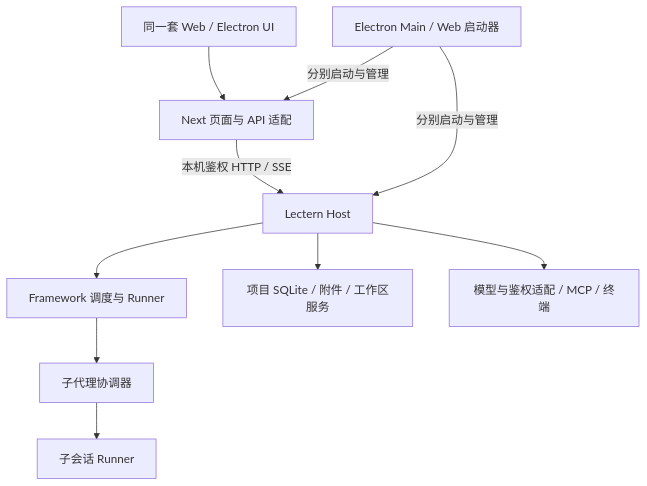
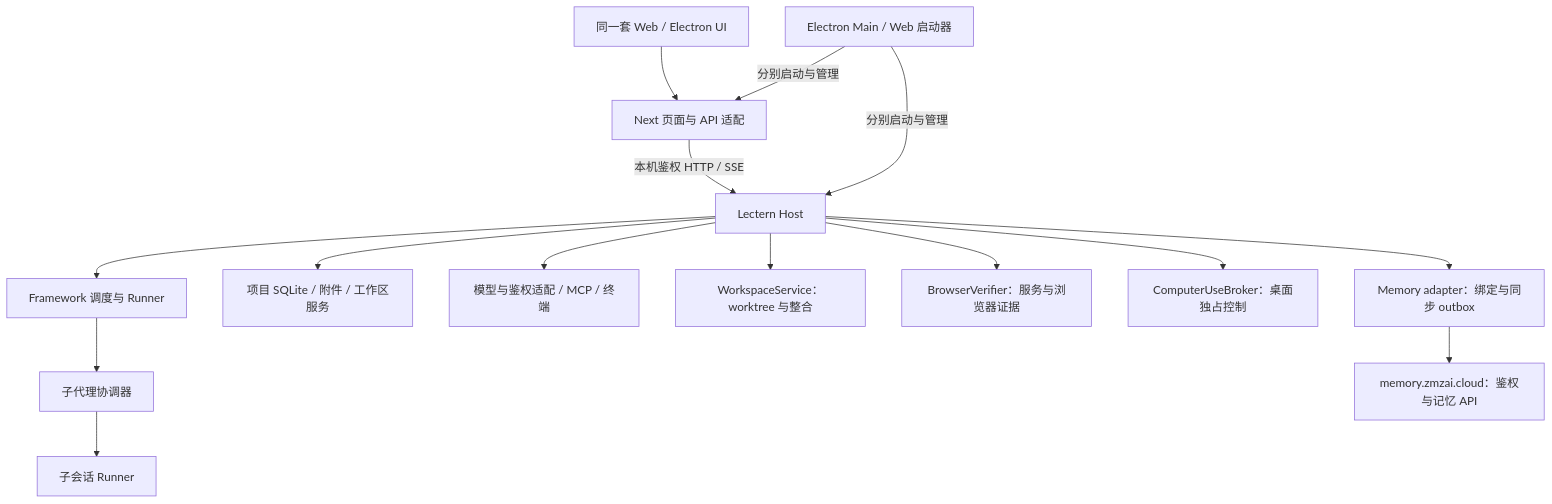
One commit to zmzai-cloud/zmzai-lectern changed the diagram in docs/superpowers/specs/2026-09-21-lectern-host-and-subagents-design.md. Above: the diagram before and after it, drawn with Mermaid. The commit also changed other lines of this file and 11 other files, not shown here.

````diff
--- a/docs/superpowers/specs/2026-09-21-lectern-host-and-subagents-design.md
+++ b/docs/superpowers/specs/2026-09-21-lectern-host-and-subagents-design.md
@@ -64,12 +69,17 @@
 ```mermaid
 flowchart TD
   U[同一套 Web / Electron UI] --> N[Next 页面与 API 适配]
   N -->|本机鉴权 HTTP / SSE| H[Lectern Host]
   S[Electron Main / Web 启动器] -->|分别启动与管理| N
   S -->|分别启动与管理| H
   H --> R[Framework 调度与 Runner]
   H --> D[项目 SQLite / 附件 / 工作区服务]
   H --> P[模型与鉴权适配 / MCP / 终端]
   R --> C[子代理协调器]
   C --> CR[子会话 Runner]
+  H --> W[WorkspaceService：worktree 与整合]
+  H --> V[BrowserVerifier：服务与浏览器证据]
+  H --> CU[ComputerUseBroker：桌面独占控制]
+  H --> MA[Memory adapter：绑定与同步 outbox]
+  MA --> MS[memory.zmzai.cloud：鉴权与记忆 API]
 ```
````
